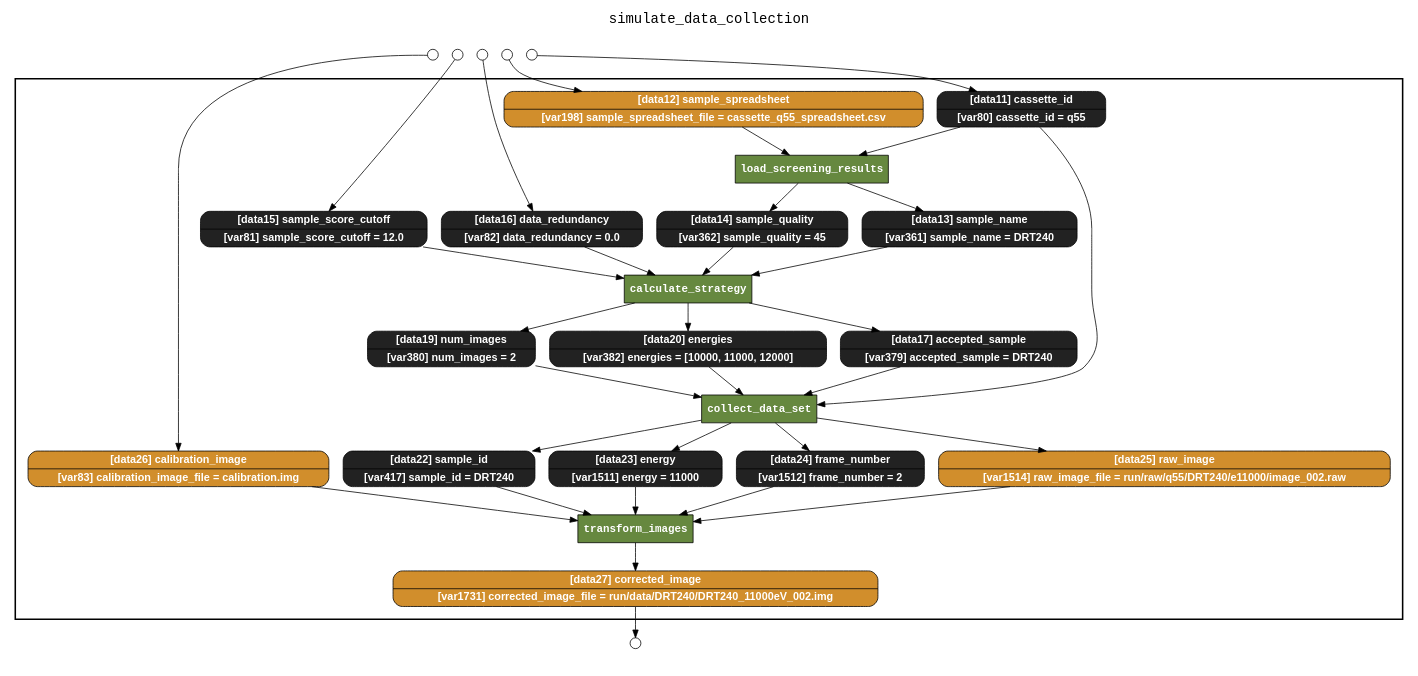
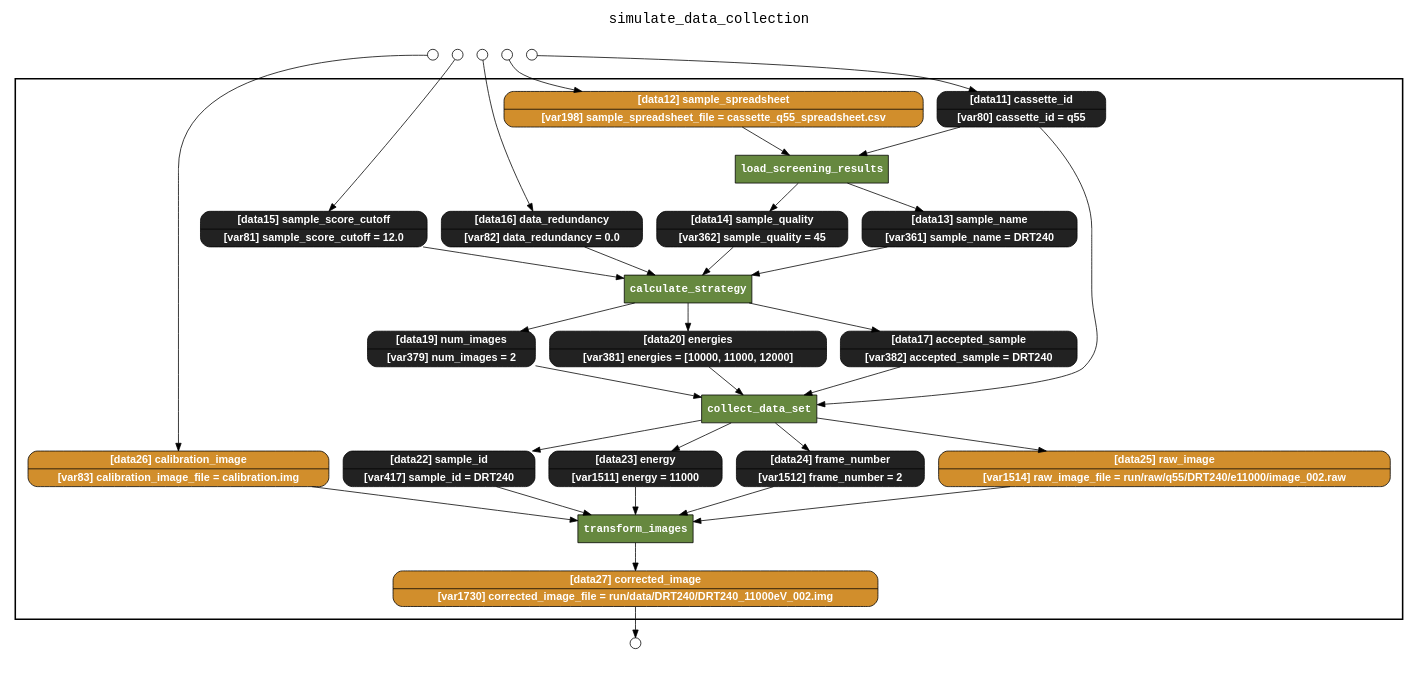
Before and after one commit to yesworkflow-org/yw-noworkflow: the diagram in examples/simulate_data_collection/yw_nw_retrospective_lineage.gv, drawn with Graphviz. The commit also changed 26 other files, not shown here.

```diff
--- a/examples/simulate_data_collection/yw_nw_retrospective_lineage.gv
+++ b/examples/simulate_data_collection/yw_nw_retrospective_lineage.gv
@@ -1,77 +1,77 @@
 
 digraph yw_data_view {
 rankdir=TB
 fontname=Courier; fontsize=18; labelloc=t
 label="simulate_data_collection"
 subgraph cluster_workflow { label=""; color=black; penwidth=2
 subgraph cluster_workflow_inner { label=""; color=white
 node[shape=box style=filled fillcolor="#66883F" peripheries=1 fontname="Courier-Bold" fontcolor=white]
 collect_data_set
 calculate_strategy
 load_screening_results
 transform_images
 node[shape=box style="filled" fillcolor="#CCFFCC" peripheries=1 fontname=Courier]
 node[shape=box style="rounded,filled" fillcolor="#D18E2C" peripheries=1 fontname="Helvetica-Bold"]
 sample_spreadsheet [shape=record rankdir=LR label="{<f0> [data12] sample_spreadsheet |<f1> [var198] sample_spreadsheet_file = cassette_q55_spreadsheet.csv}"]
 raw_image [shape=record rankdir=LR label="{<f0> [data25] raw_image |<f1> [var1514] raw_image_file = run/raw/q55/DRT240/e11000/image_002.raw}"]
 calibration_image [shape=record rankdir=LR label="{<f0> [data26] calibration_image |<f1> [var83] calibration_image_file = calibration.img}"]
-corrected_image [shape=record rankdir=LR label="{<f0> [data27] corrected_image |<f1> [var1731] corrected_image_file = run/data/DRT240/DRT240_11000eV_002.img}"]
+corrected_image [shape=record rankdir=LR label="{<f0> [data27] corrected_image |<f1> [var1730] corrected_image_file = run/data/DRT240/DRT240_11000eV_002.img}"]
 node[shape=box style="rounded,filled" fillcolor="#222222" peripheries=1 fontname="Helvetica-Bold"]
 cassette_id [shape=record rankdir=LR label="{<f0> [data11] cassette_id |<f1> [var80] cassette_id = q55}"]
 sample_name [shape=record rankdir=LR label="{<f0> [data13] sample_name |<f1> [var361] sample_name = DRT240}"]
 sample_quality [shape=record rankdir=LR label="{<f0> [data14] sample_quality |<f1> [var362] sample_quality = 45}"]
 sample_score_cutoff [shape=record rankdir=LR label="{<f0> [data15] sample_score_cutoff |<f1> [var81] sample_score_cutoff = 12.0}"]
 data_redundancy [shape=record rankdir=LR label="{<f0> [data16] data_redundancy |<f1> [var82] data_redundancy = 0.0}"]
-accepted_sample [shape=record rankdir=LR label="{<f0> [data17] accepted_sample |<f1> [var379] accepted_sample = DRT240}"]
-num_images [shape=record rankdir=LR label="{<f0> [data19] num_images |<f1> [var380] num_images = 2}"]
-energies [shape=record rankdir=LR label="{<f0> [data20] energies |<f1> [var382] energies = [10000, 11000, 12000]}"]
+accepted_sample [shape=record rankdir=LR label="{<f0> [data17] accepted_sample |<f1> [var382] accepted_sample = DRT240}"]
+num_images [shape=record rankdir=LR label="{<f0> [data19] num_images |<f1> [var379] num_images = 2}"]
+energies [shape=record rankdir=LR label="{<f0> [data20] energies |<f1> [var381] energies = [10000, 11000, 12000]}"]
 sample_id [shape=record rankdir=LR label="{<f0> [data22] sample_id |<f1> [var417] sample_id = DRT240}"]
 energy [shape=record rankdir=LR label="{<f0> [data23] energy |<f1> [var1511] energy = 11000}"]
 frame_number [shape=record rankdir=LR label="{<f0> [data24] frame_number |<f1> [var1512] frame_number = 2}"]
 }}
 subgraph cluster_inflows { label=""; color=white; penwidth=2
 subgraph cluster_inflows_inner { label=""; color=white
 node[shape=circle fillcolor="#FFFFFF" peripheries=1 width=0.2]
 sample_spreadsheet_inflow [label=""]
 calibration_image_inflow [label=""]
 sample_score_cutoff_inflow [label=""]
 data_redundancy_inflow [label=""]
 cassette_id_inflow [label=""]
 }}
 subgraph cluster_outflows { label=""; color=white; penwidth=2
 subgraph cluster_outflows_inner { label=""; color=white
 node[shape=circle fillcolor="#FFFFFF" peripheries=1 width=0.2]
 corrected_image_outflow [label=""]
 }}
+frame_number -> transform_images
+sample_score_cutoff -> calculate_strategy
+energies -> collect_data_set
+accepted_sample -> collect_data_set
+raw_image -> transform_images
+sample_quality -> calculate_strategy
+sample_id -> transform_images
+calibration_image -> transform_images
+data_redundancy -> calculate_strategy
+energy -> transform_images
 sample_spreadsheet -> load_screening_results
-energy -> transform_images
-sample_id -> transform_images
-raw_image -> transform_images
 num_images -> collect_data_set
 sample_name -> calculate_strategy
-data_redundancy -> calculate_strategy
-calibration_image -> transform_images
-sample_score_cutoff -> calculate_strategy
-energies -> collect_data_set
-sample_quality -> calculate_strategy
-accepted_sample -> collect_data_set
 cassette_id -> collect_data_set
 cassette_id -> load_screening_results
-frame_number -> transform_images
 load_screening_results -> sample_name
 load_screening_results -> sample_quality
 calculate_strategy -> accepted_sample
 calculate_strategy -> num_images
 calculate_strategy -> energies
 collect_data_set -> sample_id
 collect_data_set -> energy
 collect_data_set -> frame_number
 collect_data_set -> raw_image
 transform_images -> corrected_image
 sample_spreadsheet_inflow -> sample_spreadsheet
 calibration_image_inflow -> calibration_image
 sample_score_cutoff_inflow -> sample_score_cutoff
 data_redundancy_inflow -> data_redundancy
 cassette_id_inflow -> cassette_id
 corrected_image -> corrected_image_outflow
 }
```
